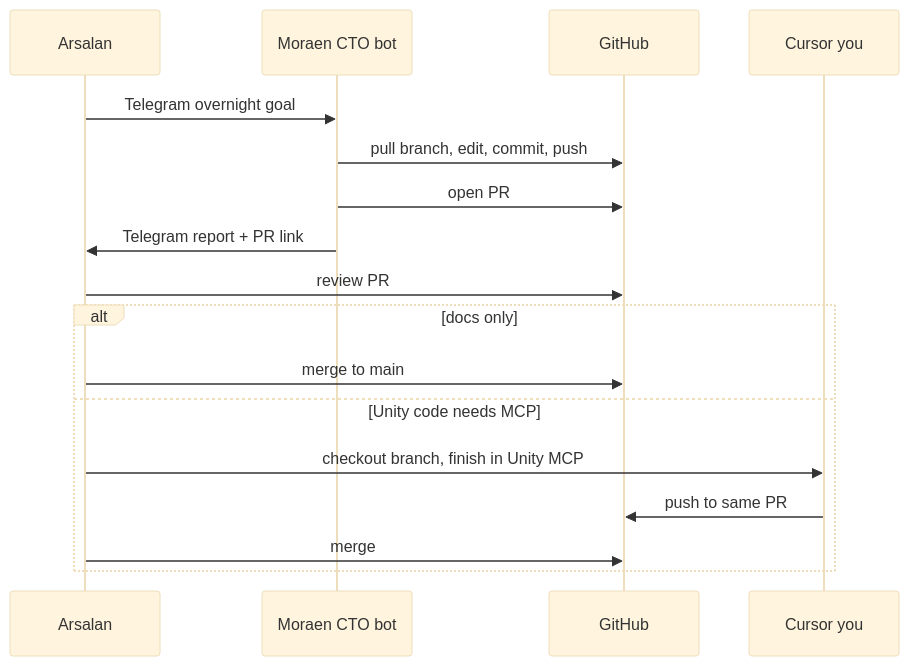
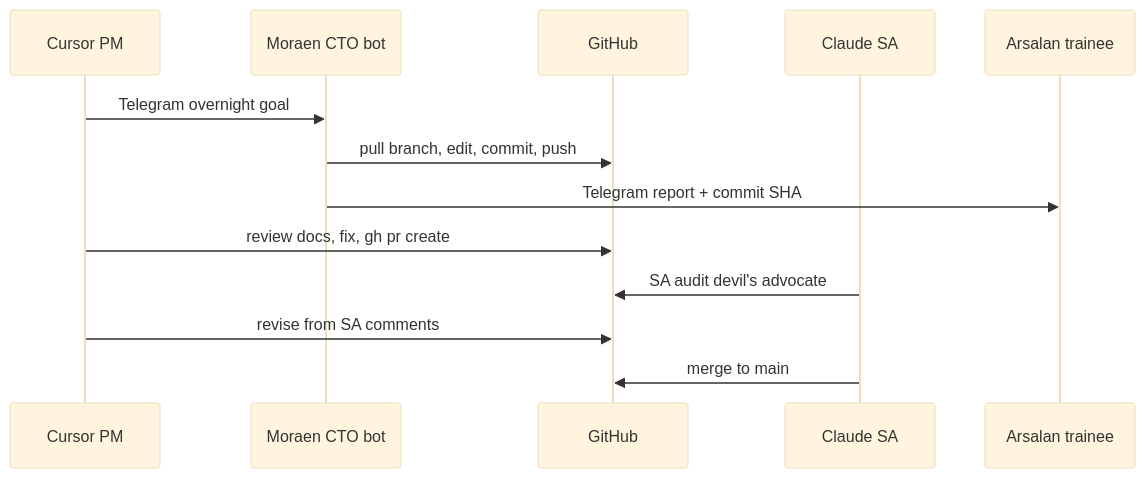
The diagram in docs/ops/moraen-cto-tasks.md (appopoleisStudios/karjat-farms), drawn with Mermaid (base theme) before and after one commit. The commit also changed other lines of this file and 9 other files, not shown here.

````diff
--- a/docs/ops/moraen-cto-tasks.md
+++ b/docs/ops/moraen-cto-tasks.md
@@ -133,20 +134,16 @@
 ```mermaid
 sequenceDiagram
-  participant A as Arsalan
+  participant PM as Cursor PM
   participant M as Moraen CTO bot
   participant GH as GitHub
-  participant C as Cursor you
+  participant SA as Claude SA
+  participant T as Arsalan trainee
 
-  A->>M: Telegram overnight goal
+  PM->>M: Telegram overnight goal
   M->>GH: pull branch, edit, commit, push
-  M->>GH: open PR
-  M->>A: Telegram report + PR link
-  A->>GH: review PR
-  alt docs only
-    A->>GH: merge to main
-  else Unity code needs MCP
-    A->>C: checkout branch, finish in Unity MCP
-    C->>GH: push to same PR
-    A->>GH: merge
-  end
+  M->>T: Telegram report + commit SHA
+  PM->>GH: review docs, fix, gh pr create
+  SA->>GH: SA audit devil's advocate
+  PM->>GH: revise from SA comments
+  SA->>GH: merge to main
 ```
````
